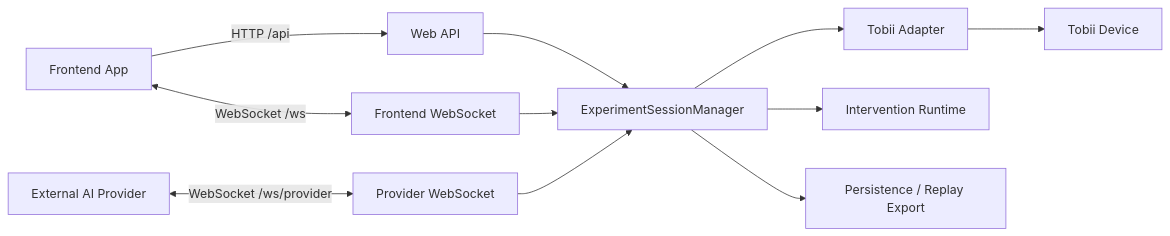
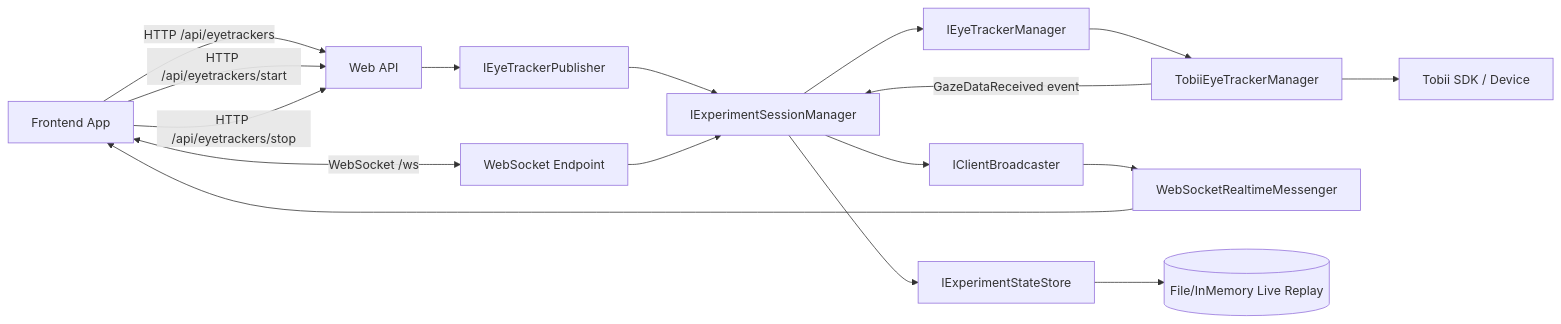
One commit to MrSachin7/reading-the-reader-monorepo changed the first of 2 diagrams in DocsSite/app/backend/architecture/page.mdx. Above: the diagram before and after it, drawn with Mermaid. The commit also changed other lines of this file and 10 other files, not shown here.

````diff
--- a/DocsSite/app/backend/architecture/page.mdx
+++ b/DocsSite/app/backend/architecture/page.mdx
@@ -22,15 +21,23 @@
 ```mermaid
 flowchart LR
-    FE["Frontend App"] -->|HTTP /api| API["Web API"]
-    FE <-->|WebSocket /ws| WS["Frontend WebSocket"]
-    Provider["External AI Provider"] <-->|WebSocket /ws/provider| PWS["Provider WebSocket"]
+    FE[Frontend App] -->|HTTP /api/eyetrackers| API[Web API]
+    FE -->|HTTP /api/eyetrackers/start| API
+    FE -->|HTTP /api/eyetrackers/stop| API
+    FE <-->|WebSocket /ws| WS[WebSocket Endpoint]
 
-    API --> Session["ExperimentSessionManager"]
-    WS --> Session
-    PWS --> Session
+    API --> PUB[IEyeTrackerPublisher]
+    PUB --> SESS[IExperimentSessionManager]
+    WS --> SESS
 
-    Session --> Eye["Tobii Adapter"]
-    Eye --> Device["Tobii Device"]
-    Session --> Runtime["Intervention Runtime"]
-    Session --> Store["Persistence / Replay Export"]
+    SESS --> EYE[IEyeTrackerManager]
+    EYE --> TOBII[TobiiEyeTrackerManager]
+    TOBII --> SDK[Tobii SDK / Device]
+
+    TOBII -->|GazeDataReceived event| SESS
+    SESS --> BROAD[IClientBroadcaster]
+    BROAD --> WSMSG[WebSocketRealtimeMessenger]
+    WSMSG --> FE
+
+    SESS --> SNAP[IExperimentStateStore]
+    SNAP --> FILE[(File/InMemory Live Replay)]
 ```
````
